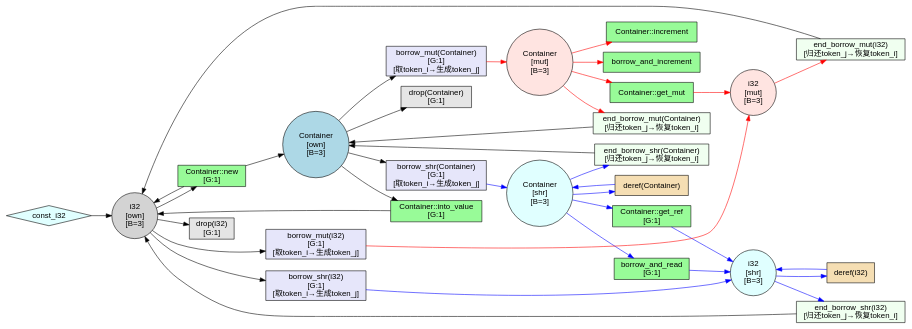
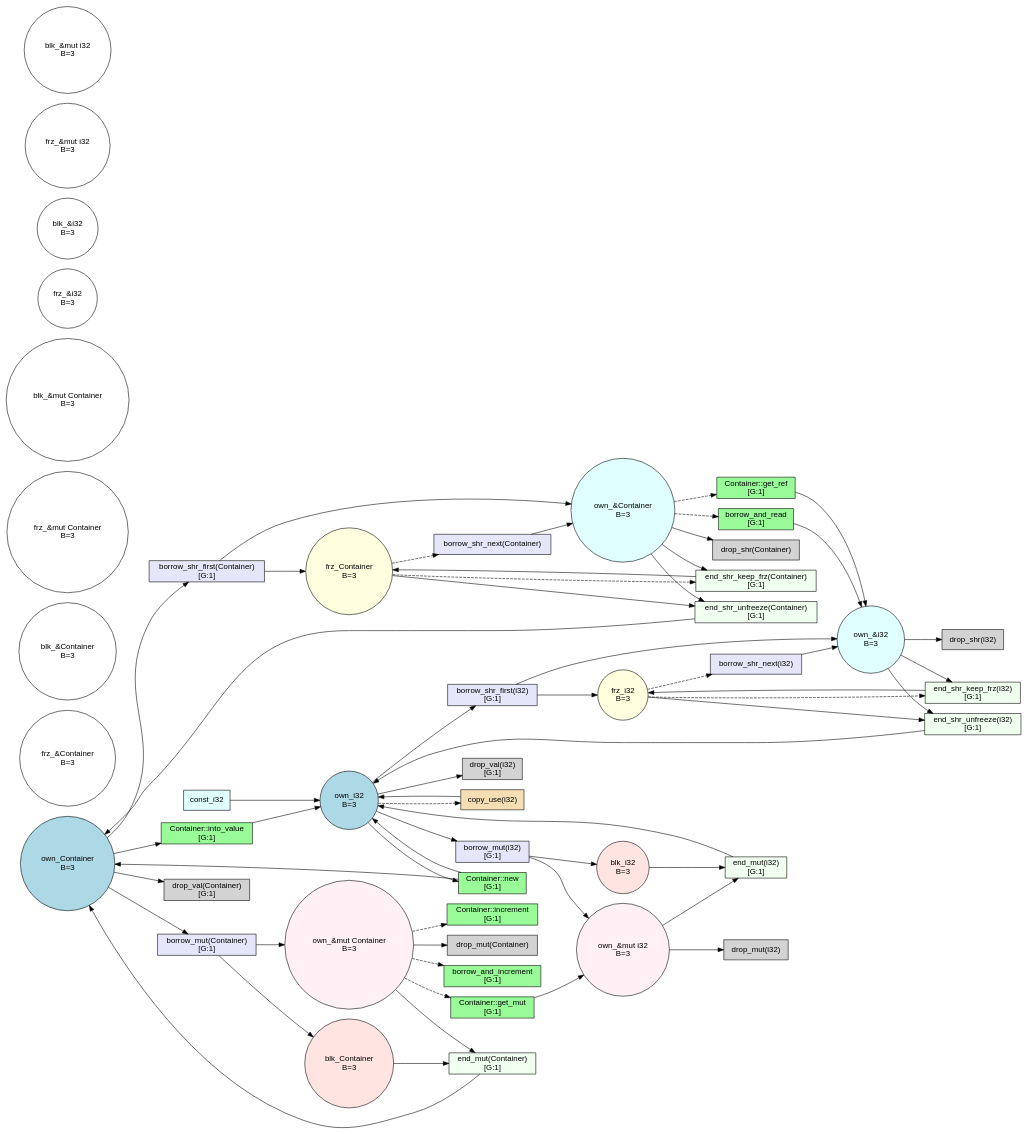
The diagram in test_output/lifetime_example/pcpn.dot (kevindadi/RustSynth), drawn with Graphviz before and after one commit. The commit also changed 68 other files, not shown here.

```diff
--- a/test_output/lifetime_example/pcpn.dot
+++ b/test_output/lifetime_example/pcpn.dot
@@ -1,75 +1,110 @@
 digraph PCPN {
   rankdir=LR;
   fontname="Helvetica";
   node [fontname="Helvetica"];
   edge [fontname="Helvetica"];
-  // PCPN: One place per type (simplified)
 
-  // ========== Places ==========
-  p0 [label="i32\n[own]\n[B=3]", shape=circle, style=filled, fillcolor=lightgray, peripheries=1];
-  p1 [label="i32\n[shr]\n[B=3]", shape=circle, style=filled, fillcolor=lightcyan, peripheries=1];
-  p2 [label="i32\n[mut]\n[B=3]", shape=circle, style=filled, fillcolor=mistyrose, peripheries=1];
-  p3 [label="Container\n[own]\n[B=3]", shape=circle, style=filled, fillcolor=lightblue, peripheries=1];
-  p4 [label="Container\n[shr]\n[B=3]", shape=circle, style=filled, fillcolor=lightcyan, peripheries=1];
-  p5 [label="Container\n[mut]\n[B=3]", shape=circle, style=filled, fillcolor=mistyrose, peripheries=1];
+  p0 [label="own_Container\nB=3", shape=circle, style=filled, fillcolor=lightblue];
+  p1 [label="frz_Container\nB=3", shape=circle, style=filled, fillcolor=lightyellow];
+  p2 [label="blk_Container\nB=3", shape=circle, style=filled, fillcolor=mistyrose];
+  p3 [label="own_&Container\nB=3", shape=circle, style=filled, fillcolor=lightcyan];
+  p4 [label="frz_&Container\nB=3", shape=circle, style=filled, fillcolor=white];
+  p5 [label="blk_&Container\nB=3", shape=circle, style=filled, fillcolor=white];
+  p6 [label="own_&mut Container\nB=3", shape=circle, style=filled, fillcolor=lavenderblush];
+  p7 [label="frz_&mut Container\nB=3", shape=circle, style=filled, fillcolor=white];
+  p8 [label="blk_&mut Container\nB=3", shape=circle, style=filled, fillcolor=white];
+  p9 [label="own_i32\nB=3", shape=circle, style=filled, fillcolor=lightblue];
+  p10 [label="frz_i32\nB=3", shape=circle, style=filled, fillcolor=lightyellow];
+  p11 [label="blk_i32\nB=3", shape=circle, style=filled, fillcolor=mistyrose];
+  p12 [label="own_&i32\nB=3", shape=circle, style=filled, fillcolor=lightcyan];
+  p13 [label="frz_&i32\nB=3", shape=circle, style=filled, fillcolor=white];
+  p14 [label="blk_&i32\nB=3", shape=circle, style=filled, fillcolor=white];
+  p15 [label="own_&mut i32\nB=3", shape=circle, style=filled, fillcolor=lavenderblush];
+  p16 [label="frz_&mut i32\nB=3", shape=circle, style=filled, fillcolor=white];
+  p17 [label="blk_&mut i32\nB=3", shape=circle, style=filled, fillcolor=white];
 
-  // ========== Transitions ==========
-  t0 [label="Container::new\n[G:1]", shape=box, style=filled, fillcolor=palegreen];
-  t1 [label="Container::get_ref\n[G:1]", shape=box, style=filled, fillcolor=palegreen];
-  t2 [label="Container::get_mut", shape=box, style=filled, fillcolor=palegreen];
-  t3 [label="Container::increment", shape=box, style=filled, fillcolor=palegreen];
-  t4 [label="Container::into_value\n[G:1]", shape=box, style=filled, fillcolor=palegreen];
-  t5 [label="borrow_and_increment", shape=box, style=filled, fillcolor=palegreen];
+  t0 [label="borrow_and_increment\n[G:1]", shape=box, style=filled, fillcolor=palegreen];
+  t1 [label="Container::new\n[G:1]", shape=box, style=filled, fillcolor=palegreen];
+  t2 [label="Container::get_ref\n[G:1]", shape=box, style=filled, fillcolor=palegreen];
+  t3 [label="Container::get_mut\n[G:1]", shape=box, style=filled, fillcolor=palegreen];
+  t4 [label="Container::increment\n[G:1]", shape=box, style=filled, fillcolor=palegreen];
+  t5 [label="Container::into_value\n[G:1]", shape=box, style=filled, fillcolor=palegreen];
   t6 [label="borrow_and_read\n[G:1]", shape=box, style=filled, fillcolor=palegreen];
-  t7 [label="borrow_mut(i32)\n[G:1]\n[取token_i→生成token_j]", shape=box, style=filled, fillcolor=lavender];
-  t8 [label="end_borrow_mut(i32)\n[归还token_j→恢复token_i]", shape=box, style=filled, fillcolor=honeydew];
-  t9 [label="borrow_shr(i32)\n[G:1]\n[取token_i→生成token_j]", shape=box, style=filled, fillcolor=lavender];
-  t10 [label="end_borrow_shr(i32)\n[归还token_j→恢复token_i]", shape=box, style=filled, fillcolor=honeydew];
-  t11 [label="deref(i32)", shape=box, style=filled, fillcolor=wheat];
-  t12 [label="drop(i32)\n[G:1]", shape=box, style=filled, fillcolor=gray90];
-  t13 [label="borrow_mut(Container)\n[G:1]\n[取token_i→生成token_j]", shape=box, style=filled, fillcolor=lavender];
-  t14 [label="end_borrow_mut(Container)\n[归还token_j→恢复token_i]", shape=box, style=filled, fillcolor=honeydew];
-  t15 [label="borrow_shr(Container)\n[G:1]\n[取token_i→生成token_j]", shape=box, style=filled, fillcolor=lavender];
-  t16 [label="end_borrow_shr(Container)\n[归还token_j→恢复token_i]", shape=box, style=filled, fillcolor=honeydew];
-  t17 [label="deref(Container)", shape=box, style=filled, fillcolor=wheat];
-  t18 [label="drop(Container)\n[G:1]", shape=box, style=filled, fillcolor=gray90];
-  t19 [label="const_i32", shape=diamond, style=filled, fillcolor=lightcyan];
+  t7 [label="borrow_shr_first(Container)\n[G:1]", shape=box, style=filled, fillcolor=lavender];
+  t8 [label="borrow_shr_next(Container)", shape=box, style=filled, fillcolor=lavender];
+  t9 [label="end_shr_keep_frz(Container)\n[G:1]", shape=box, style=filled, fillcolor=honeydew];
+  t10 [label="end_shr_unfreeze(Container)\n[G:1]", shape=box, style=filled, fillcolor=honeydew];
+  t11 [label="borrow_mut(Container)\n[G:1]", shape=box, style=filled, fillcolor=lavender];
+  t12 [label="end_mut(Container)\n[G:1]", shape=box, style=filled, fillcolor=honeydew];
+  t13 [label="drop_val(Container)\n[G:1]", shape=box, style=filled, fillcolor=lightgray];
+  t14 [label="drop_shr(Container)", shape=box, style=filled, fillcolor=lightgray];
+  t15 [label="drop_mut(Container)", shape=box, style=filled, fillcolor=lightgray];
+  t16 [label="borrow_shr_first(i32)\n[G:1]", shape=box, style=filled, fillcolor=lavender];
+  t17 [label="borrow_shr_next(i32)", shape=box, style=filled, fillcolor=lavender];
+  t18 [label="end_shr_keep_frz(i32)\n[G:1]", shape=box, style=filled, fillcolor=honeydew];
+  t19 [label="end_shr_unfreeze(i32)\n[G:1]", shape=box, style=filled, fillcolor=honeydew];
+  t20 [label="borrow_mut(i32)\n[G:1]", shape=box, style=filled, fillcolor=lavender];
+  t21 [label="end_mut(i32)\n[G:1]", shape=box, style=filled, fillcolor=honeydew];
+  t22 [label="drop_val(i32)\n[G:1]", shape=box, style=filled, fillcolor=lightgray];
+  t23 [label="drop_shr(i32)", shape=box, style=filled, fillcolor=lightgray];
+  t24 [label="drop_mut(i32)", shape=box, style=filled, fillcolor=lightgray];
+  t25 [label="const_i32", shape=box, style=filled, fillcolor=lightcyan];
+  t26 [label="copy_use(i32)", shape=box, style=filled, fillcolor=wheat];
 
-  // ========== Arcs ==========
-  p0 -> t0 [style=solid, arrowhead=normal, color="black"];
-  t0 -> p0 [style=solid, color="black"];
-  t0 -> p3 [style=solid, color="black"];
-  p4 -> t1 [style=solid, arrowhead=normal, color="blue"];
-  t1 -> p1 [style=solid, color="blue"];
-  p5 -> t2 [style=solid, arrowhead=normal, color="red"];
-  t2 -> p2 [style=solid, color="red"];
-  p5 -> t3 [style=solid, arrowhead=normal, color="red"];
-  p3 -> t4 [style=solid, arrowhead=normal, color="black"];
-  t4 -> p0 [style=solid, color="black"];
-  p5 -> t5 [style=solid, arrowhead=normal, color="red"];
-  p4 -> t6 [style=solid, arrowhead=normal, color="blue"];
-  t6 -> p1 [style=solid, color="blue"];
-  p0 -> t7 [style=solid, arrowhead=normal, color="black"];
-  t7 -> p2 [style=solid, color="red"];
-  p2 -> t8 [style=solid, arrowhead=normal, color="red"];
-  t8 -> p0 [style=solid, color="black"];
-  p0 -> t9 [style=solid, arrowhead=normal, color="black"];
-  t9 -> p1 [style=solid, color="blue"];
-  p1 -> t10 [style=solid, arrowhead=normal, color="blue"];
-  t10 -> p0 [style=solid, color="black"];
-  p1 -> t11 [style=solid, arrowhead=normal, color="blue"];
-  t11 -> p1 [style=solid, color="blue"];
-  p0 -> t12 [style=solid, arrowhead=normal, color="black"];
-  p3 -> t13 [style=solid, arrowhead=normal, color="black"];
-  t13 -> p5 [style=solid, color="red"];
-  p5 -> t14 [style=solid, arrowhead=normal, color="red"];
-  t14 -> p3 [style=solid, color="black"];
-  p3 -> t15 [style=solid, arrowhead=normal, color="black"];
-  t15 -> p4 [style=solid, color="blue"];
-  p4 -> t16 [style=solid, arrowhead=normal, color="blue"];
-  t16 -> p3 [style=solid, color="black"];
-  p4 -> t17 [style=solid, arrowhead=normal, color="blue"];
-  t17 -> p4 [style=solid, color="blue"];
-  p3 -> t18 [style=solid, arrowhead=normal, color="black"];
-  t19 -> p0 [style=solid, color="black"];
+  p6 -> t0 [style=dashed];
+  p9 -> t1 [style=solid];
+  t1 -> p9;
+  t1 -> p0;
+  p3 -> t2 [style=dashed];
+  t2 -> p12;
+  p6 -> t3 [style=dashed];
+  t3 -> p15;
+  p6 -> t4 [style=dashed];
+  p0 -> t5 [style=solid];
+  t5 -> p9;
+  p3 -> t6 [style=dashed];
+  t6 -> p12;
+  p0 -> t7 [style=solid];
+  t7 -> p1;
+  t7 -> p3;
+  p1 -> t8 [style=dashed];
+  t8 -> p3;
+  p1 -> t9 [style=dashed];
+  p3 -> t9 [style=solid];
+  t9 -> p1;
+  p1 -> t10 [style=solid];
+  p3 -> t10 [style=solid];
+  t10 -> p0;
+  p0 -> t11 [style=solid];
+  t11 -> p2;
+  t11 -> p6;
+  p2 -> t12 [style=solid];
+  p6 -> t12 [style=solid];
+  t12 -> p0;
+  p0 -> t13 [style=solid];
+  p3 -> t14 [style=solid];
+  p6 -> t15 [style=solid];
+  p9 -> t16 [style=solid];
+  t16 -> p10;
+  t16 -> p12;
+  p10 -> t17 [style=dashed];
+  t17 -> p12;
+  p10 -> t18 [style=dashed];
+  p12 -> t18 [style=solid];
+  t18 -> p10;
+  p10 -> t19 [style=solid];
+  p12 -> t19 [style=solid];
+  t19 -> p9;
+  p9 -> t20 [style=solid];
+  t20 -> p11;
+  t20 -> p15;
+  p11 -> t21 [style=solid];
+  p15 -> t21 [style=solid];
+  t21 -> p9;
+  p9 -> t22 [style=solid];
+  p12 -> t23 [style=solid];
+  p15 -> t24 [style=solid];
+  t25 -> p9;
+  p9 -> t26 [style=dashed];
+  t26 -> p9;
 }
```
